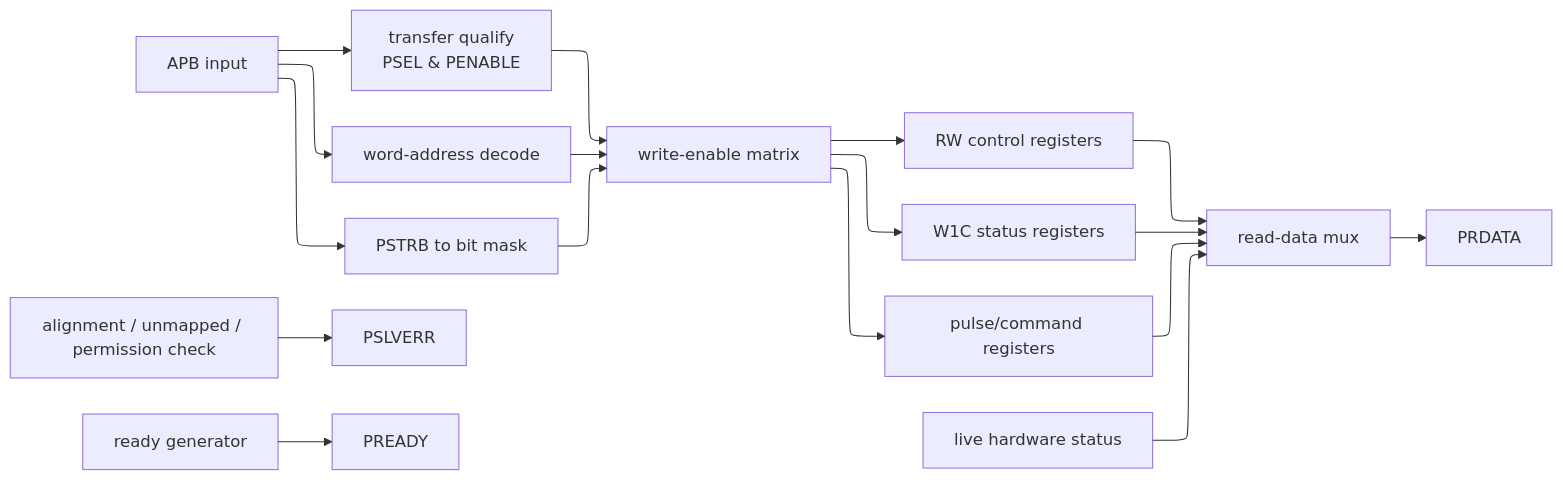
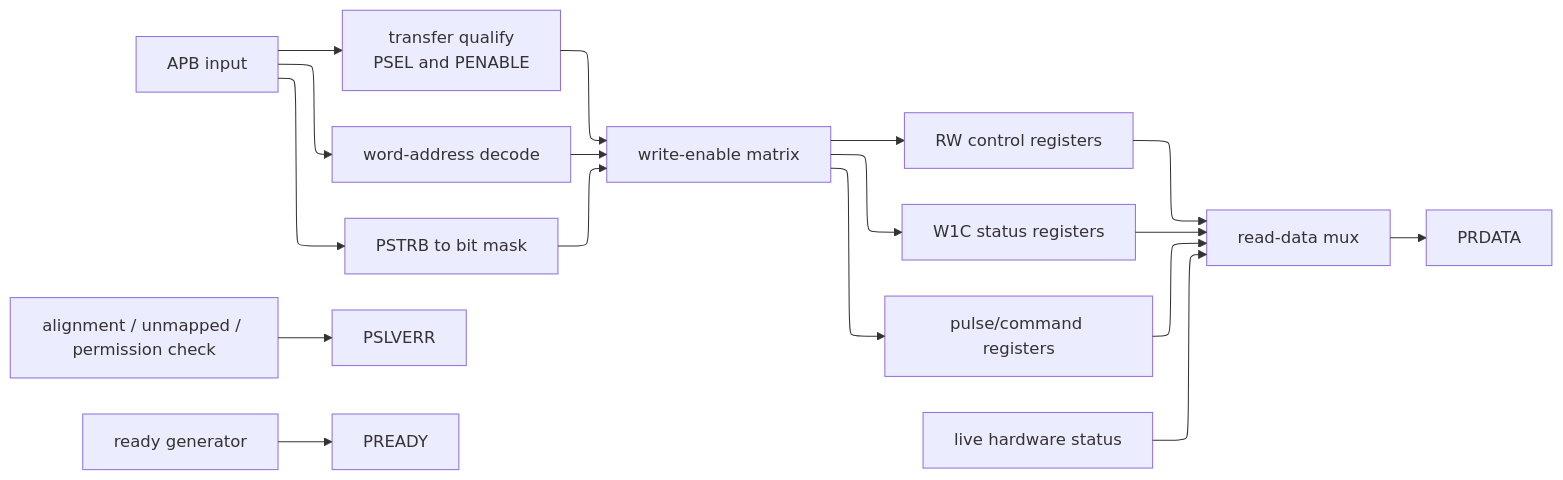
One commit to Wty2003328/silicon-design-notebook changed the eighth of 16 diagrams in 01_Architecture_and_PPA/04_SoC_and_Chiplet_Architecture/03_Transaction_Protocols/01_AHB_AXI_APB.md. Above: the diagram before and after it, drawn with Mermaid. The commit also changed other lines of this file and 125 other files, not shown here.

First line of the commit message:
Complete the AMBA family, refresh the learning path, and make every figure and formula actually render

````diff
--- a/01_Architecture_and_PPA/04_SoC_and_Chiplet_Architecture/03_Transaction_Protocols/01_AHB_AXI_APB.md
+++ b/01_Architecture_and_PPA/04_SoC_and_Chiplet_Architecture/03_Transaction_Protocols/01_AHB_AXI_APB.md
@@ -699,20 +699,20 @@
 ```mermaid
 %%{init: {"flowchart": {"defaultRenderer": "elk", "nodeSpacing": 45, "rankSpacing": 45, "htmlLabels": false}}}%%
 flowchart LR
-    BUS["APB input"] --> QUAL["transfer qualify<br/>PSEL & PENABLE"]
+    BUS["APB input"] --> QUAL["transfer qualify<br/>PSEL and PENABLE"]
     BUS --> ADEC["word-address decode"]
     BUS --> WMASK["PSTRB to bit mask"]
     ADEC --> WMUX["write-enable matrix"]
     WMASK --> WMUX
     QUAL --> WMUX
     WMUX --> RW["RW control registers"]
     WMUX --> W1C["W1C status registers"]
     WMUX --> CMD["pulse/command registers"]
     RW --> RMUX["read-data mux"]
     W1C --> RMUX
     CMD --> RMUX
     LIVE["live hardware status"] --> RMUX
     RMUX --> OUT["PRDATA"]
     ERR["alignment / unmapped / permission check"] --> OUT2["PSLVERR"]
     LAT["ready generator"] --> OUT3["PREADY"]
 ```
````
